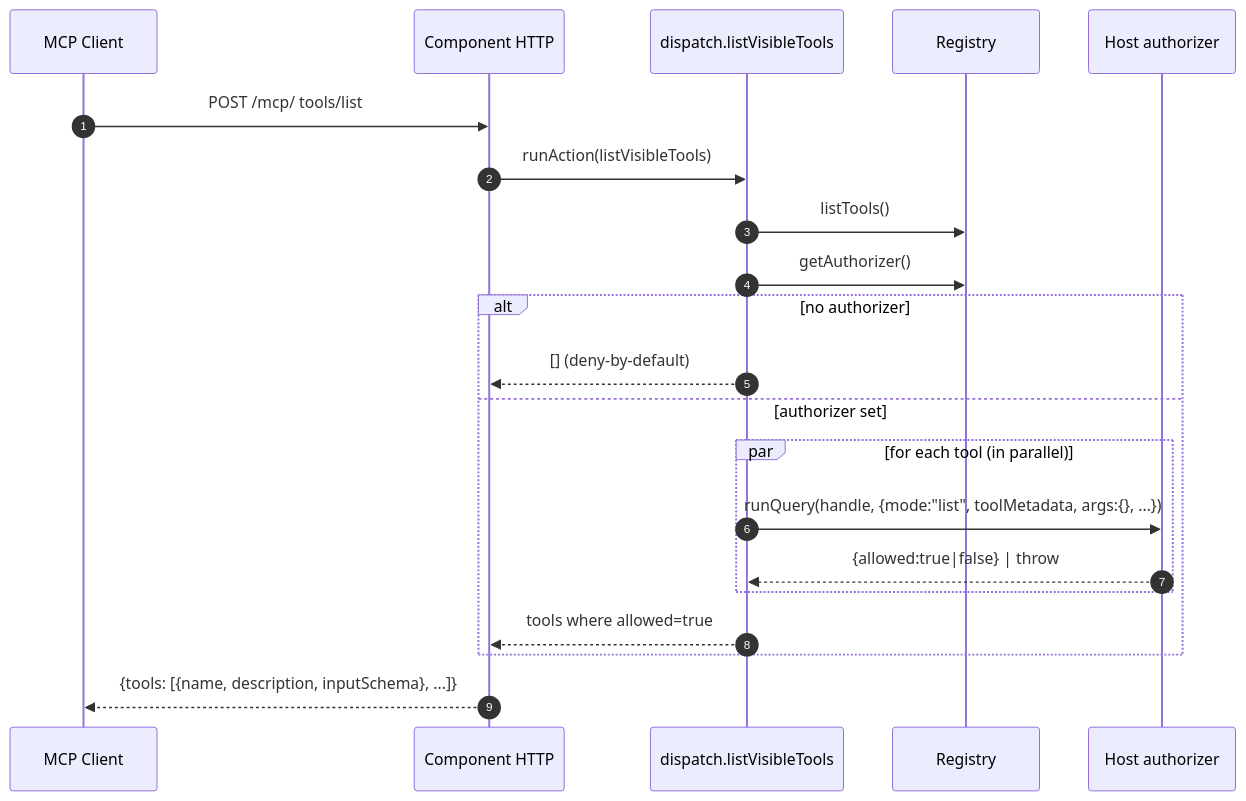
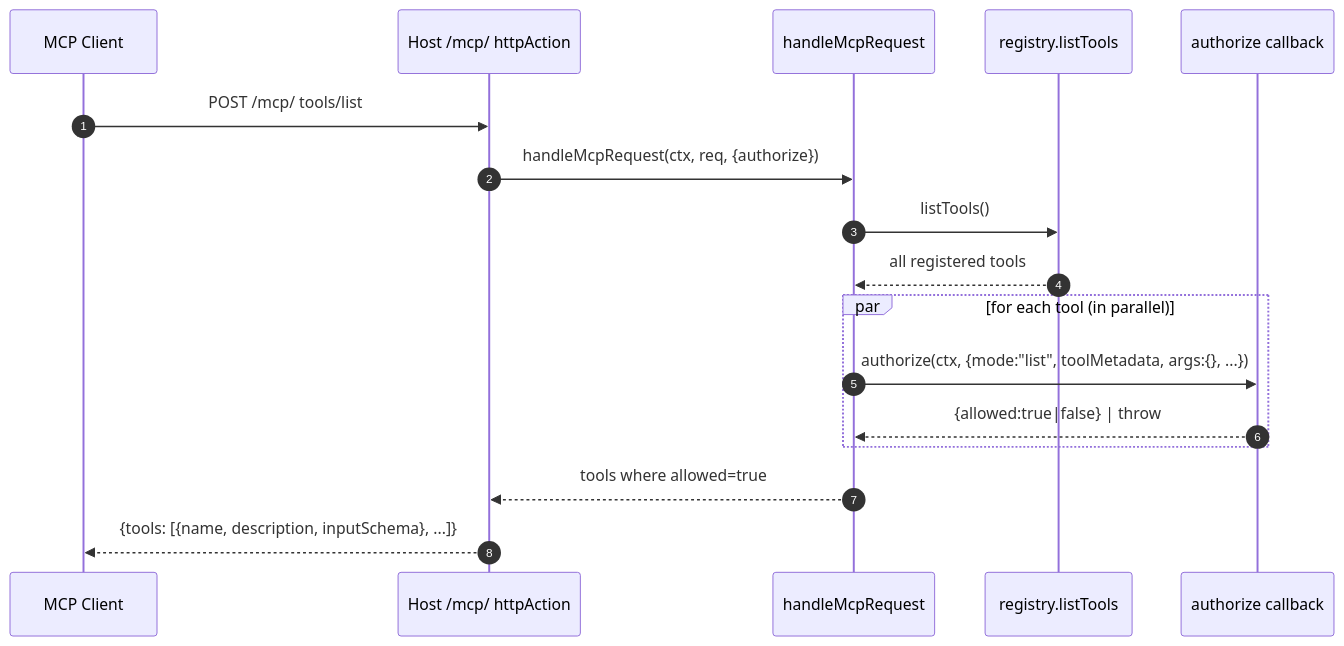
Before and after one commit to Firef0x/convex-mcp-gateway: the fifth of 5 diagrams in docs/architecture.md, drawn with Mermaid. The commit also changed other lines of this file and 9 other files, not shown here.

First line of the commit message:
docs: rewrite for callback-based authorize, redraw hero diagram

````diff
--- a/docs/architecture.md
+++ b/docs/architecture.md
@@ -217,24 +248,20 @@
 ```mermaid
 sequenceDiagram
   autonumber
   participant C as MCP Client
-  participant H as Component HTTP
-  participant D as dispatch.listVisibleTools
-  participant R as Registry
-  participant A as Host authorizer
+  participant H as Host /mcp/ httpAction
+  participant Hl as handleMcpRequest
+  participant R as registry.listTools
+  participant Az as authorize callback
 
   C->>H: POST /mcp/ tools/list
-  H->>D: runAction(listVisibleTools)
-  D->>R: listTools()
-  D->>R: getAuthorizer()
-  alt no authorizer
-    D-->>H: []  (deny-by-default)
-  else authorizer set
-    par for each tool (in parallel)
-      D->>A: runQuery(handle, {mode:"list", toolMetadata, args:{}, ...})
-      A-->>D: {allowed:true|false} | throw
-    end
-    D-->>H: tools where allowed=true
+  H->>Hl: handleMcpRequest(ctx, req, {authorize})
+  Hl->>R: listTools()
+  R-->>Hl: all registered tools
+  par for each tool (in parallel)
+    Hl->>Az: authorize(ctx, {mode:"list", toolMetadata, args:{}, ...})
+    Az-->>Hl: {allowed:true|false} | throw
   end
+  Hl-->>H: tools where allowed=true
   H-->>C: {tools: [{name, description, inputSchema}, ...]}
 ```
````
